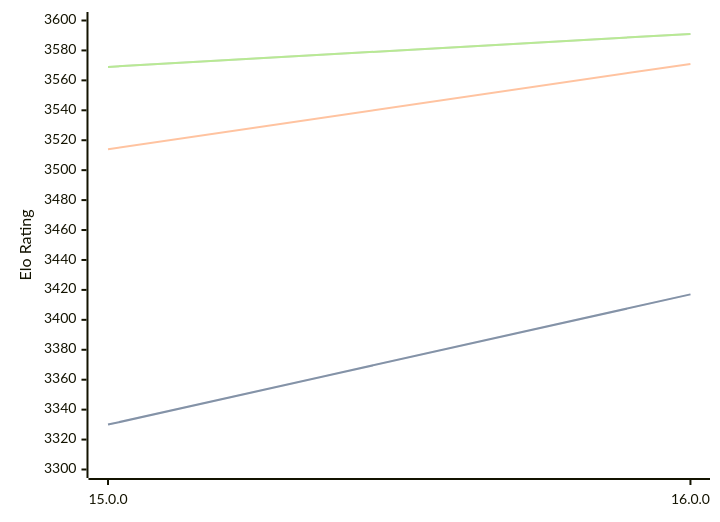
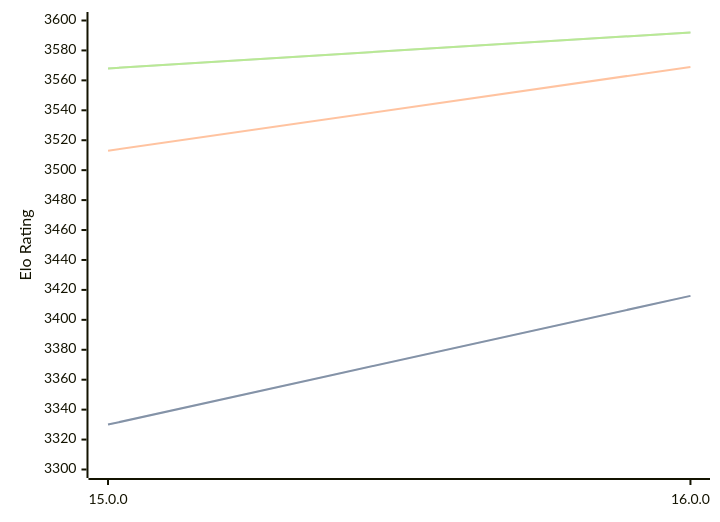
The diagram in engines/Halogen.md (computer-chess-index/cci), drawn with Mermaid before and after one commit. The commit also changed other lines of this file, not shown here.

Commit message:
Update CCI Ratings (ELO VLTC) - 2026-02-28

````diff
--- a/engines/Halogen.md
+++ b/engines/Halogen.md
@@ -48,11 +48,11 @@
 ```mermaid
 %%{init: {"theme":"base","themeVariables":{"seriesColors:['#a3a3a3','#222221','#faa371']}}}%%
 xychart-beta
   x-axis ["15.0.0", "16.0.0"]
   y-axis "Elo Rating" 3300 --> 3600
-  line "STC (8.0+0.08s)" [3330, 3417]
-  line "STC (8.0+0.08s)" [3330, 3417]
-  line "LTC (60.0+0.60s)" [3514, 3571]
-  line "VLTC (2m24s+1.12s)" [3569, 3591]
-  line "VLTC (2m24s+1.12s)" [3569, 3591]
+  line "STC (8.0+0.08s)" [3330, 3416]
+  line "STC (8.0+0.08s)" [3330, 3416]
+  line "LTC (60.0+0.60s)" [3513, 3569]
+  line "VLTC (2m24s+1.12s)" [3568, 3592]
+  line "VLTC (2m24s+1.12s)" [3568, 3592]
 ```
````
